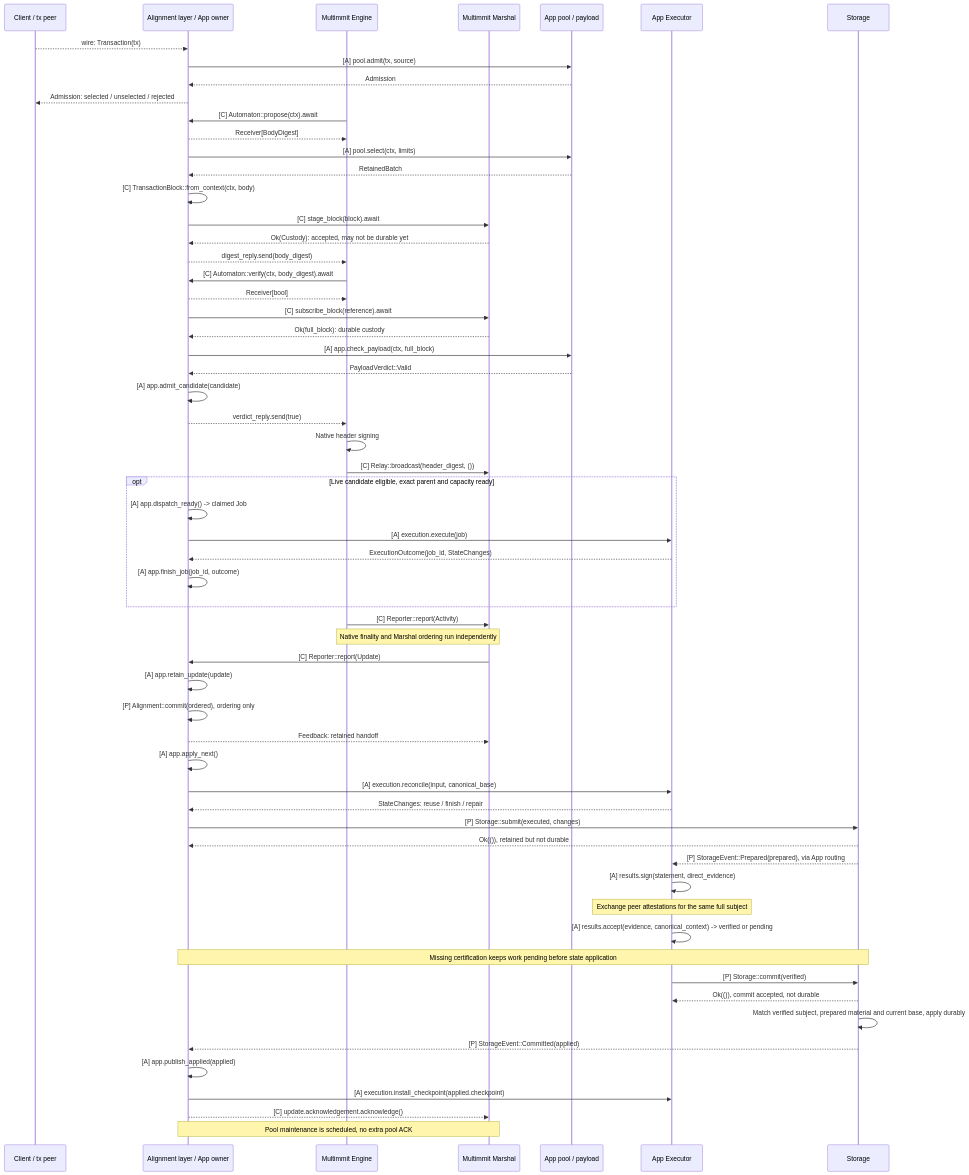
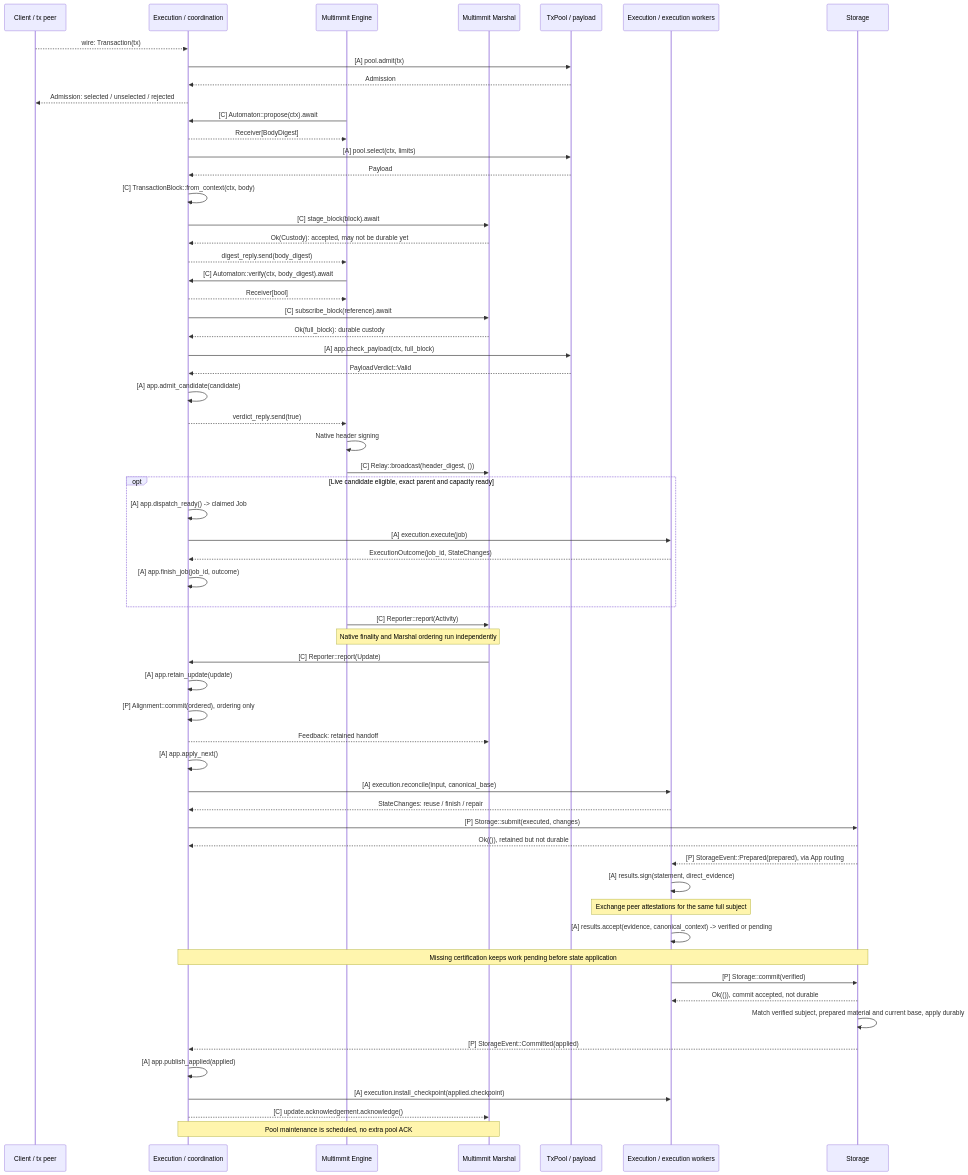
The diagram in docs/assets/diagrams/diagram-02.mmd (djm07073/baton), drawn with Mermaid before and after one commit. The commit also changed 4086 other files, not shown here.

```diff
--- a/docs/assets/diagrams/diagram-02.mmd
+++ b/docs/assets/diagrams/diagram-02.mmd
@@ -1,61 +1,61 @@
 sequenceDiagram
     participant C as Client / tx peer
-    participant A as Alignment layer / App owner
+    participant A as Execution / coordination
     participant N as Multimmit Engine
     participant M as Multimmit Marshal
-    participant P as App pool / payload
-    participant E as App Executor
+    participant P as TxPool / payload
+    participant E as Execution / execution workers
     participant S as Storage
     C-->>A: wire: Transaction(tx)
-    A->>P: [A] pool.admit(tx, source)
+    A->>P: [A] pool.admit(tx)
     P-->>A: Admission
     A-->>C: Admission: selected / unselected / rejected
     N->>A: [C] Automaton::propose(ctx).await
     A-->>N: Receiver[BodyDigest]
     A->>P: [A] pool.select(ctx, limits)
-    P-->>A: RetainedBatch
+    P-->>A: Payload
     A->>A: [C] TransactionBlock::from_context(ctx, body)
     A->>M: [C] stage_block(block).await
     M-->>A: Ok(Custody): accepted, may not be durable yet
     A-->>N: digest_reply.send(body_digest)
     N->>A: [C] Automaton::verify(ctx, body_digest).await
     A-->>N: Receiver[bool]
     A->>M: [C] subscribe_block(reference).await
     M-->>A: Ok(full_block): durable custody
     A->>P: [A] app.check_payload(ctx, full_block)
     P-->>A: PayloadVerdict::Valid
     A->>A: [A] app.admit_candidate(candidate)
     A-->>N: verdict_reply.send(true)
     N->>N: Native header signing
     N->>M: [C] Relay::broadcast(header_digest, ())
     opt Live candidate eligible, exact parent and capacity ready
         A->>A: [A] app.dispatch_ready() -> claimed Job
         A->>E: [A] execution.execute(job)
         E-->>A: ExecutionOutcome(job_id, StateChanges)
         A->>A: [A] app.finish_job(job_id, outcome)
     end
     N->>M: [C] Reporter::report(Activity)
     Note over N,M: Native finality and Marshal ordering run independently
     M->>A: [C] Reporter::report(Update)
     A->>A: [A] app.retain_update(update)
     A->>A: [P] Alignment::commit(ordered), ordering only
     A-->>M: Feedback: retained handoff
     A->>A: [A] app.apply_next()
     A->>E: [A] execution.reconcile(input, canonical_base)
     E-->>A: StateChanges: reuse / finish / repair
     A->>S: [P] Storage::submit(executed, changes)
     S-->>A: Ok(()), retained but not durable
     S-->>E: [P] StorageEvent::Prepared(prepared), via App routing
     E->>E: [A] results.sign(statement, direct_evidence)
     Note over E: Exchange peer attestations for the same full subject
     E->>E: [A] results.accept(evidence, canonical_context) -> verified or pending
 
     Note over A,S: Missing certification keeps work pending before state application
     E->>S: [P] Storage::commit(verified)
     S-->>E: Ok(()), commit accepted, not durable
     S->>S: Match verified subject, prepared material and current base, apply durably
     S-->>A: [P] StorageEvent::Committed(applied)
     A->>A: [A] app.publish_applied(applied)
     A->>E: [A] execution.install_checkpoint(applied.checkpoint)
     A-->>M: [C] update.acknowledgement.acknowledge()
     Note over A,M: Pool maintenance is scheduled, no extra pool ACK
```
